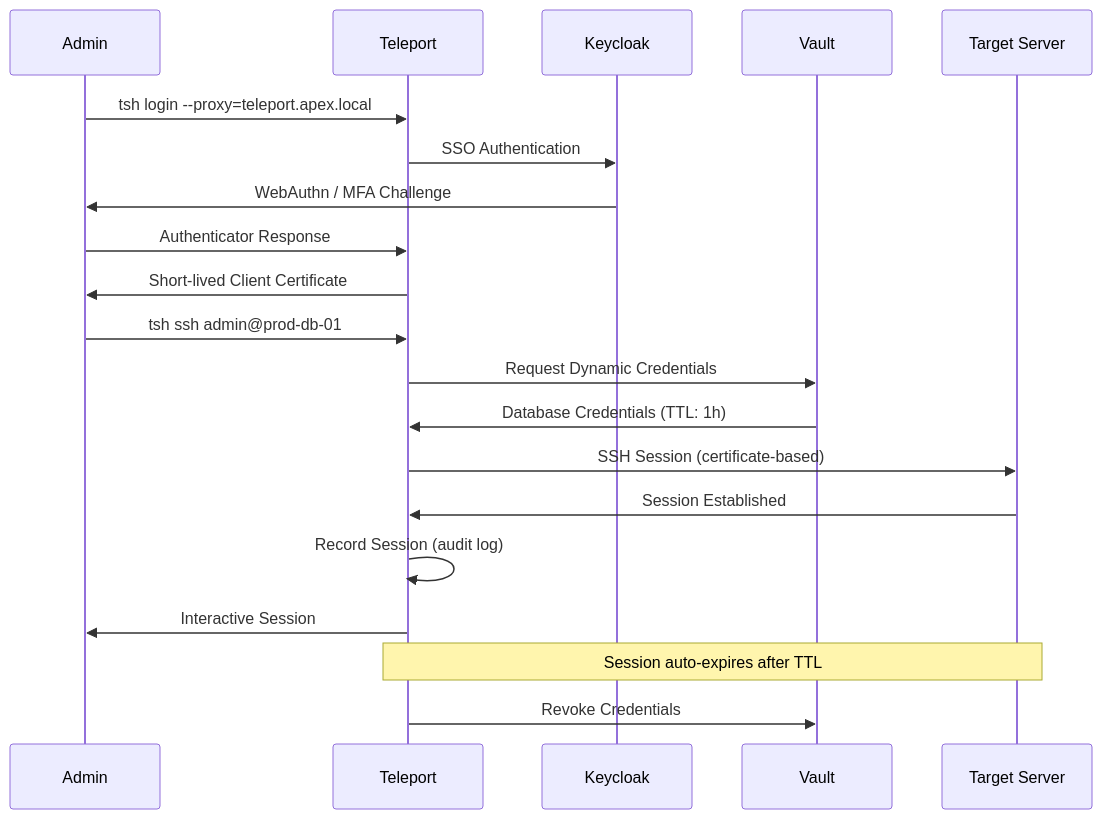
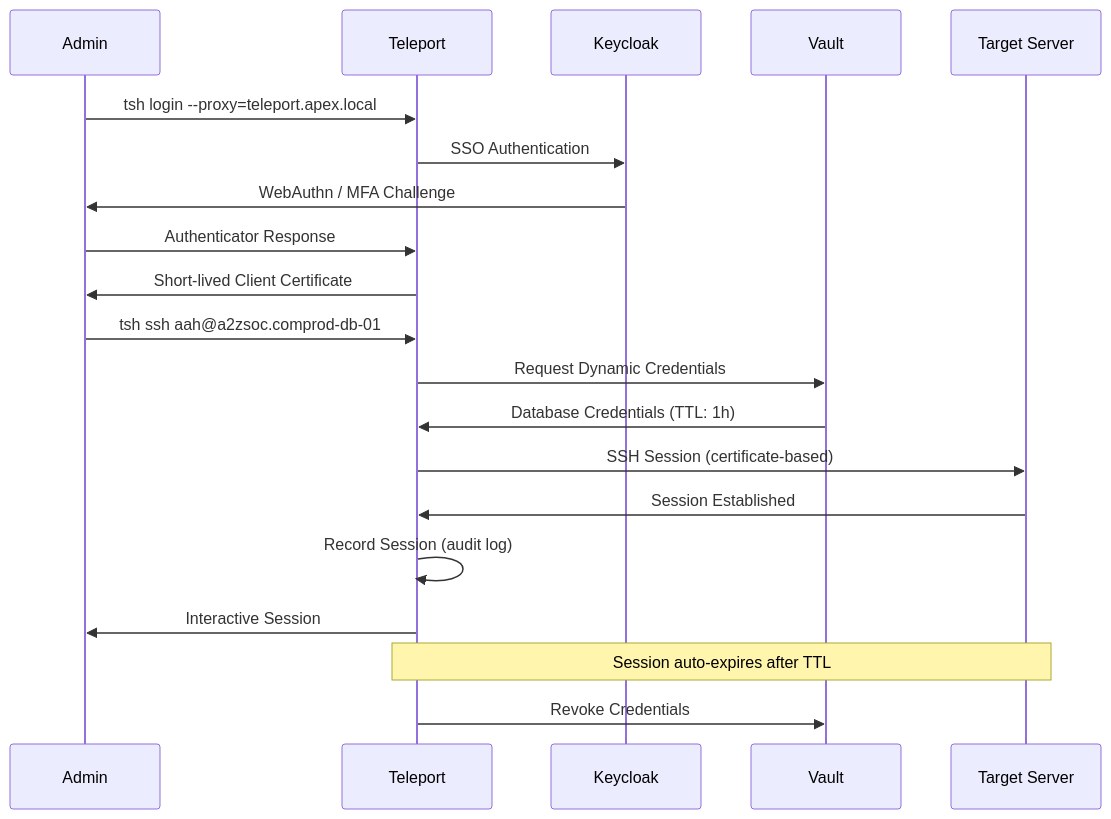
One commit to AAH20/apex-os-iam-pam changed the third of 7 diagrams in README.md. Above: the diagram before and after it, drawn with Mermaid. The commit also changed other lines of this file and 6 other files, not shown here.

````diff
--- a/README.md
+++ b/README.md
@@ -146,25 +146,25 @@
 ```mermaid
 sequenceDiagram
     participant A as Admin
     participant T as Teleport
     participant K as Keycloak
     participant V as Vault
     participant S as Target Server
 
     A->>T: tsh login --proxy=teleport.apex.local
     T->>K: SSO Authentication
     K->>A: WebAuthn / MFA Challenge
     A->>T: Authenticator Response
     T->>A: Short-lived Client Certificate
 
-    A->>T: tsh ssh admin@prod-db-01
+    A->>T: tsh ssh aah@a2zsoc.comprod-db-01
     T->>V: Request Dynamic Credentials
     V->>T: Database Credentials (TTL: 1h)
     T->>S: SSH Session (certificate-based)
     S->>T: Session Established
     T->>T: Record Session (audit log)
     T->>A: Interactive Session
 
     Note over T,S: Session auto-expires after TTL
     T->>V: Revoke Credentials
 ```
````
